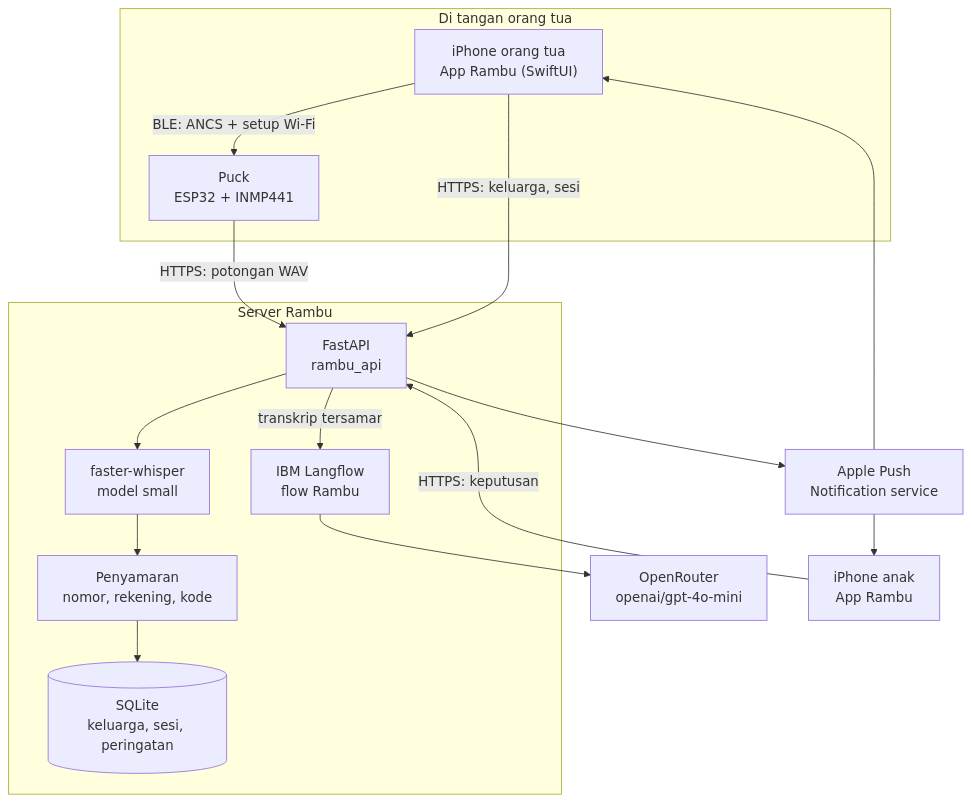
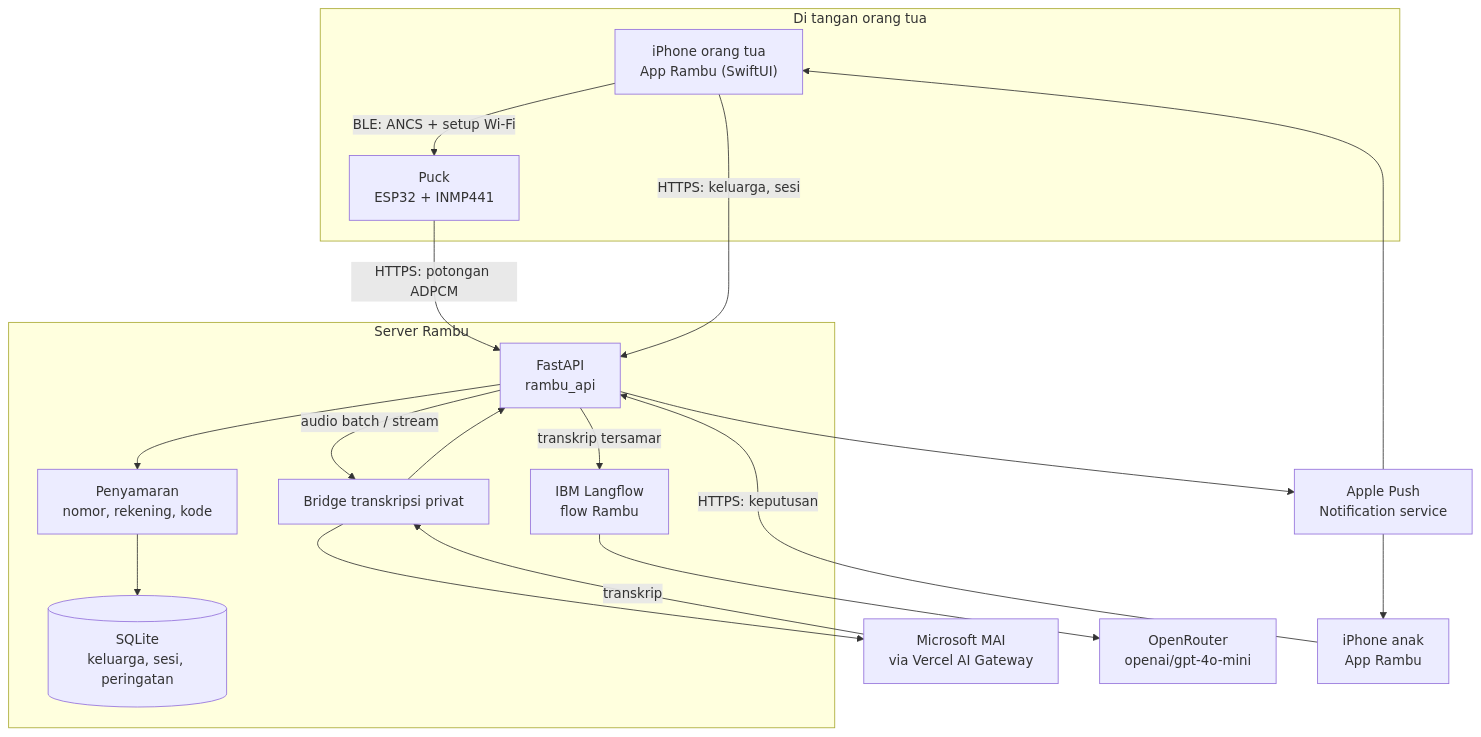
Before and after one commit to rambu-app/rambu: the second of 4 diagrams in README.md, drawn with Mermaid. The commit also changed other lines of this file and 46 other files, not shown here.

````diff
--- a/README.md
+++ b/README.md
@@ -84,29 +89,32 @@
 ```mermaid
 flowchart TB
     subgraph Rumah["Di tangan orang tua"]
         IP["iPhone orang tua<br/>App Rambu (SwiftUI)"]
         PK["Puck<br/>ESP32 + INMP441"]
     end
 
     subgraph Server["Server Rambu"]
         API["FastAPI<br/>rambu_api"]
-        WH["faster-whisper<br/>model small"]
+        TR["Bridge transkripsi privat"]
         RD["Penyamaran<br/>nomor, rekening, kode"]
         DB[("SQLite<br/>keluarga, sesi, peringatan")]
         LF["IBM Langflow<br/>flow Rambu"]
     end
 
+    MAI["Microsoft MAI<br/>via Vercel AI Gateway"]
     LLM["OpenRouter<br/>openai/gpt-4o-mini"]
     APNS["Apple Push<br/>Notification service"]
     AN["iPhone anak<br/>App Rambu"]
 
     IP -- "BLE: ANCS + setup Wi-Fi" --> PK
-    PK -- "HTTPS: potongan WAV" --> API
+    PK -- "HTTPS: potongan ADPCM" --> API
     IP -- "HTTPS: keluarga, sesi" --> API
     AN -- "HTTPS: keputusan" --> API
-    API --> WH --> RD --> DB
+    API -- "audio batch / stream" --> TR --> MAI
+    MAI -- "transkrip" --> TR --> API
+    API --> RD --> DB
     API -- "transkrip tersamar" --> LF --> LLM
     API --> APNS
     APNS --> IP
     APNS --> AN
 ```
````
